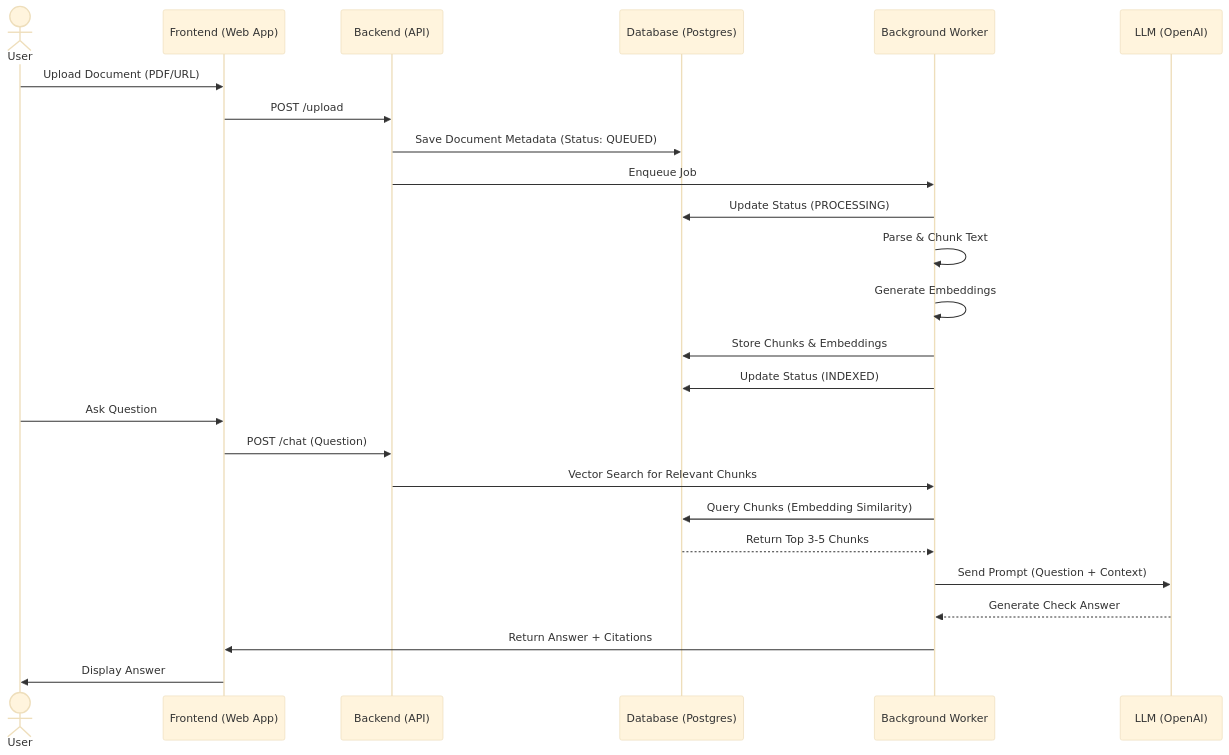
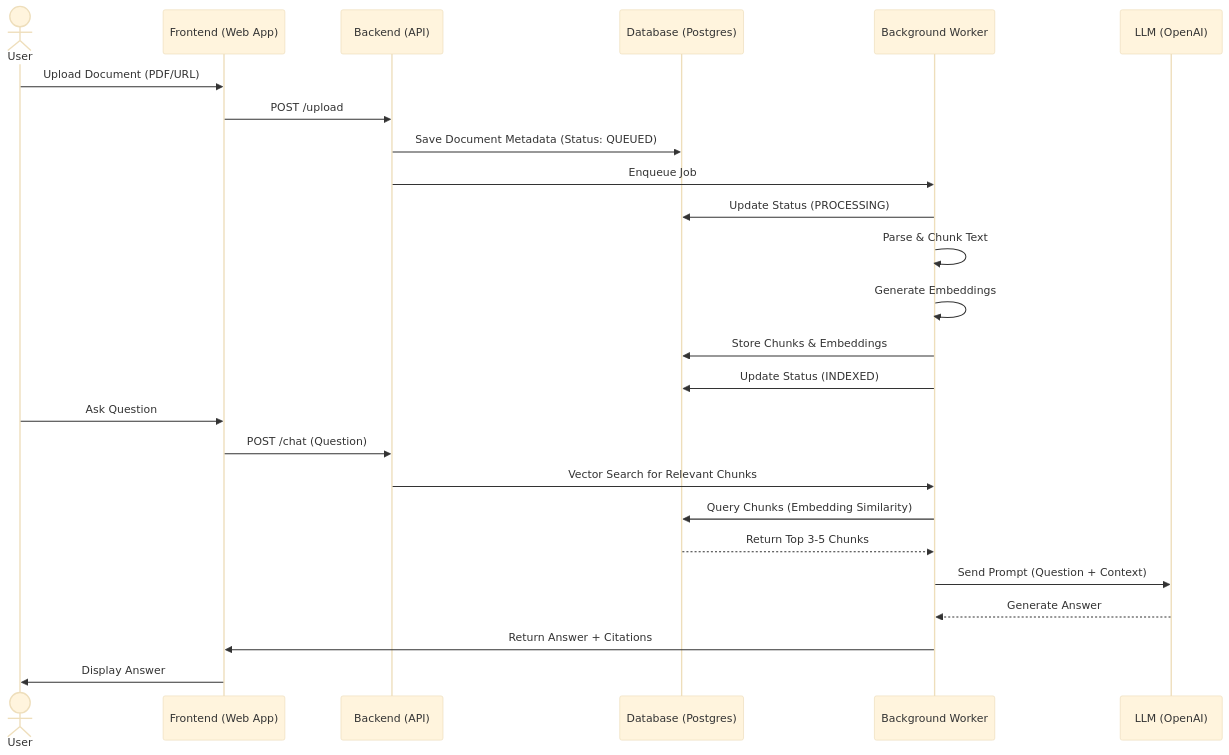
The diagram in sequenceDiagram.md (VIDHITTS/OmniScript), drawn with Mermaid (base theme) before and after one commit. The commit also changed 2 other files, not shown here.

Commit message:
Fix diagram rendering issues and typos

````diff
--- a/sequenceDiagram.md
+++ b/sequenceDiagram.md
@@ -6,29 +6,29 @@
 ```mermaid
 sequenceDiagram
     actor User as User
     participant Frontend as Frontend (Web App)
     participant Backend as Backend (API)
     participant DB as Database (Postgres)
     participant Worker as Background Worker
     participant LLM as LLM (OpenAI)
 
     User->>Frontend: Upload Document (PDF/URL)
     Frontend->>Backend: POST /upload
     Backend->>DB: Save Document Metadata (Status: QUEUED)
     Backend->>Worker: Enqueue Job
     Worker->>DB: Update Status (PROCESSING)
     Worker->>Worker: Parse & Chunk Text
     Worker->>Worker: Generate Embeddings
     Worker->>DB: Store Chunks & Embeddings
     Worker->>DB: Update Status (INDEXED)
 
     User->>Frontend: Ask Question
     Frontend->>Backend: POST /chat (Question)
     Backend->>Worker: Vector Search for Relevant Chunks
     Worker->>DB: Query Chunks (Embedding Similarity)
     DB-->>Worker: Return Top 3-5 Chunks
     Worker->>LLM: Send Prompt (Question + Context)
-    LLM-->>Worker: Generate Check Answer
+    LLM-->>Worker: Generate Answer
     Worker->>Frontend: Return Answer + Citations
     Frontend->>User: Display Answer
 ```
````
